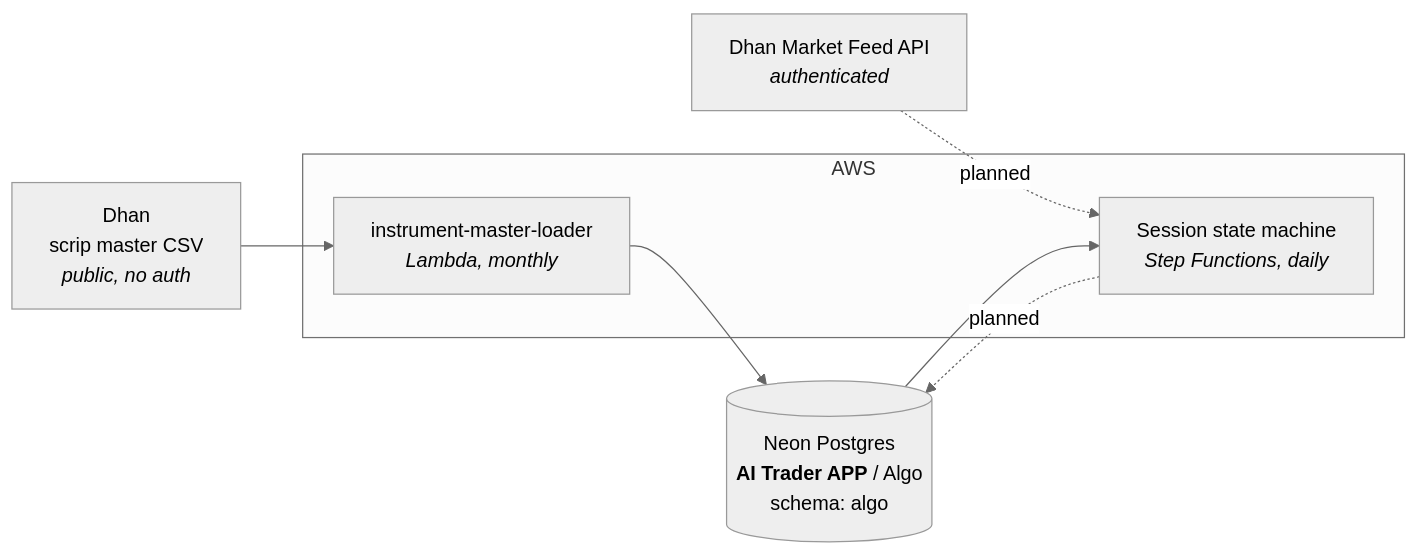
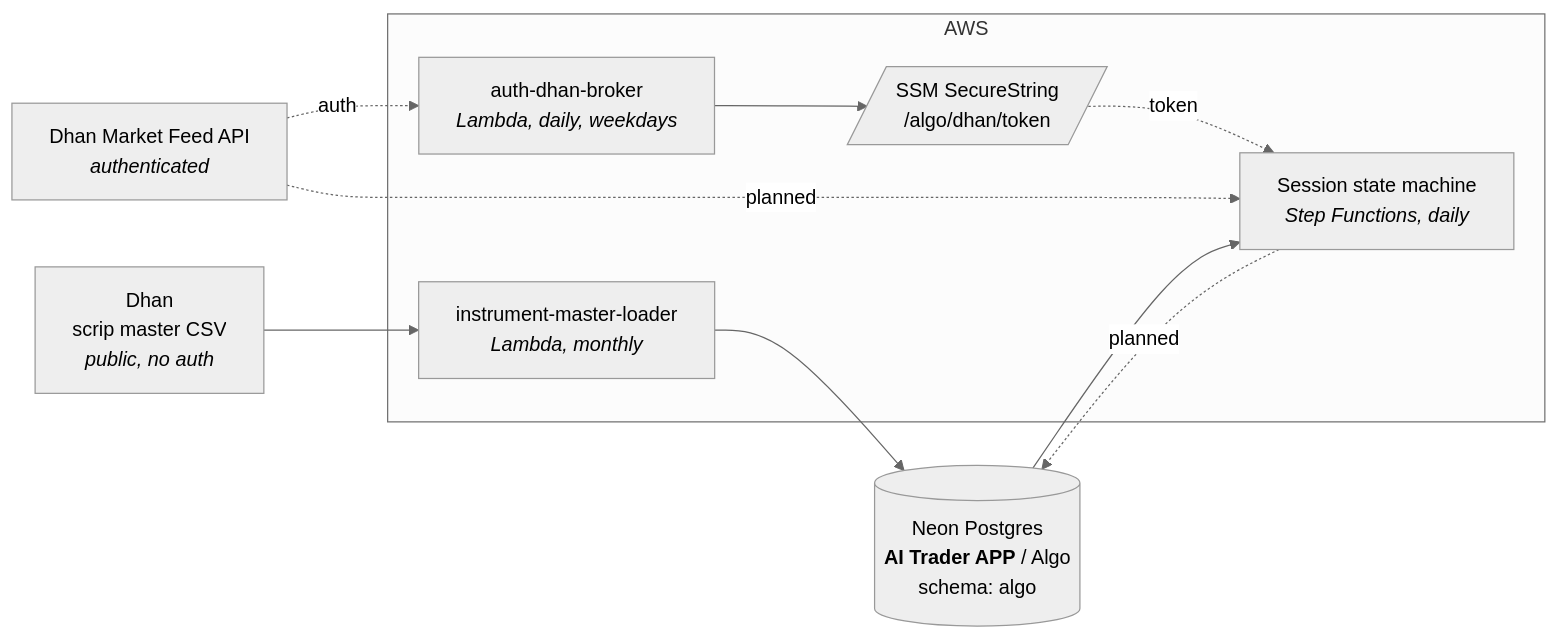
Before and after one commit to amar7585/aws-algo-claude: the diagram in docs/architecture.md, drawn with Mermaid (neutral theme). The commit also changed other lines of this file and 32 other files, not shown here.

````diff
--- a/docs/architecture.md
+++ b/docs/architecture.md
@@ -12,16 +12,21 @@
 ```mermaid
 flowchart LR
     DHAN["Dhan<br/>scrip master CSV<br/><i>public, no auth</i>"]
     BROKER["Dhan Market Feed API<br/><i>authenticated</i>"]
 
     subgraph AWS["AWS"]
         LOADER["instrument-master-loader<br/><i>Lambda, monthly</i>"]
+        AUTH["auth-dhan-broker<br/><i>Lambda, daily, weekdays</i>"]
+        SSM[/"SSM SecureString<br/>/algo/dhan/token"/]
         SM["Session state machine<br/><i>Step Functions, daily</i>"]
     end
 
     NEON[("Neon Postgres<br/><b>AI Trader APP</b> / Algo<br/>schema: algo")]
 
     DHAN --> LOADER --> NEON
+    AUTH --> SSM
+    SSM -.token.-> SM
+    BROKER -.auth.-> AUTH
     BROKER -.planned.-> SM -.planned.-> NEON
     NEON --> SM
 ```
````
